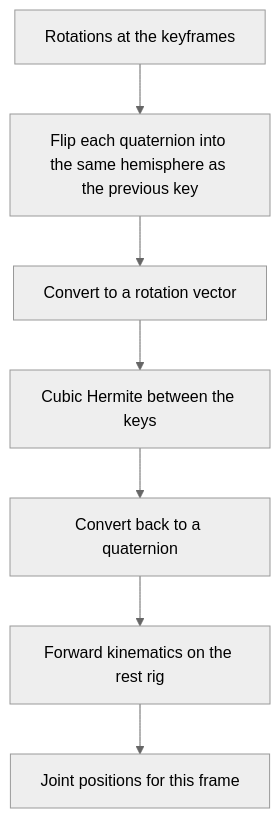
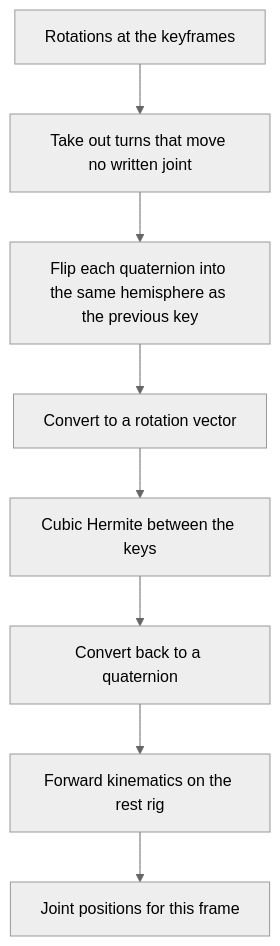
The third of 3 diagrams in README.md (Simon-Live/Simon-submission), drawn with Mermaid (neutral theme) before and after one commit. The commit also changed other lines of this file and 11 other files, not shown here.

````diff
--- a/README.md
+++ b/README.md
@@ -64,9 +69,10 @@
 ```mermaid
 flowchart TD
-  keys["Rotations at the keyframes"] --> hemi["Flip each quaternion into the same hemisphere as the previous key"]
+  keys["Rotations at the keyframes"] --> twist["Take out turns that move no written joint"]
+  twist --> hemi["Flip each quaternion into the same hemisphere as the previous key"]
   hemi --> vec["Convert to a rotation vector"]
   vec --> curve["Cubic Hermite between the keys"]
   curve --> quat["Convert back to a quaternion"]
   quat --> fk["Forward kinematics on the rest rig"]
   fk --> pose["Joint positions for this frame"]
 ```
````
